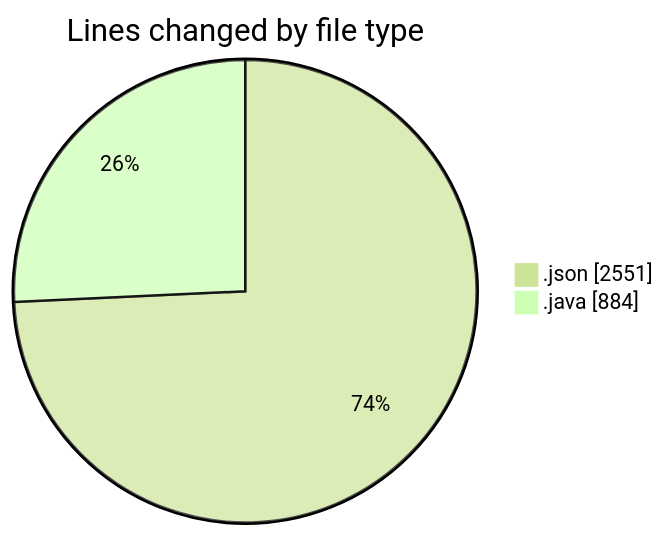
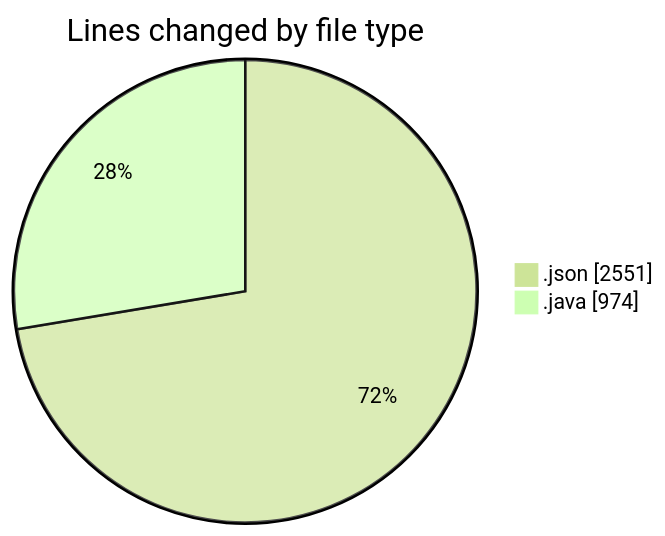
One commit to ricardozamudiocil/code-tracking changed the first of 2 diagrams in 2026-10-20/cilapp/README.md. Above: the diagram before and after it, drawn with Mermaid (forest theme). The commit also changed other lines of this file and 1 other file, not shown here.

````diff
--- a/2026-10-20/cilapp/README.md
+++ b/2026-10-20/cilapp/README.md
@@ -22,6 +23,6 @@
 ```mermaid
 pie showData
 title Lines changed by file type
 ".json" : 2551
-".java" : 884
+".java" : 974
 ```
````
